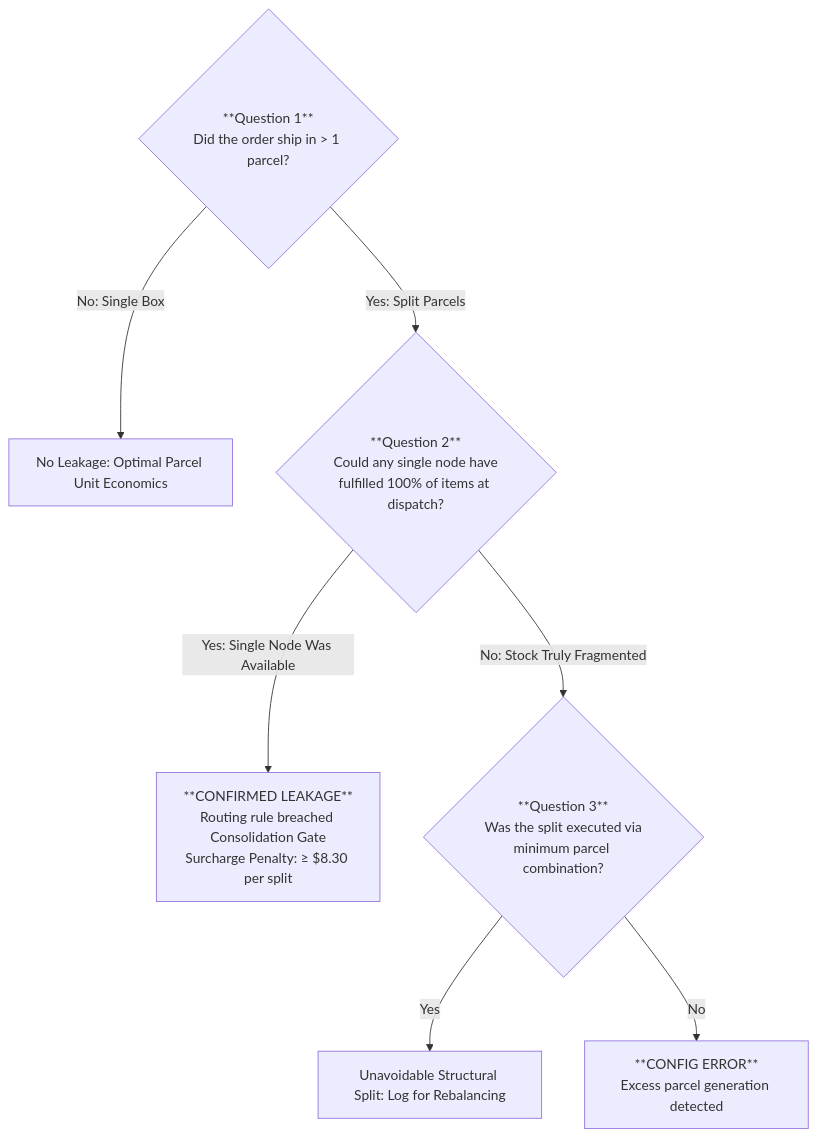
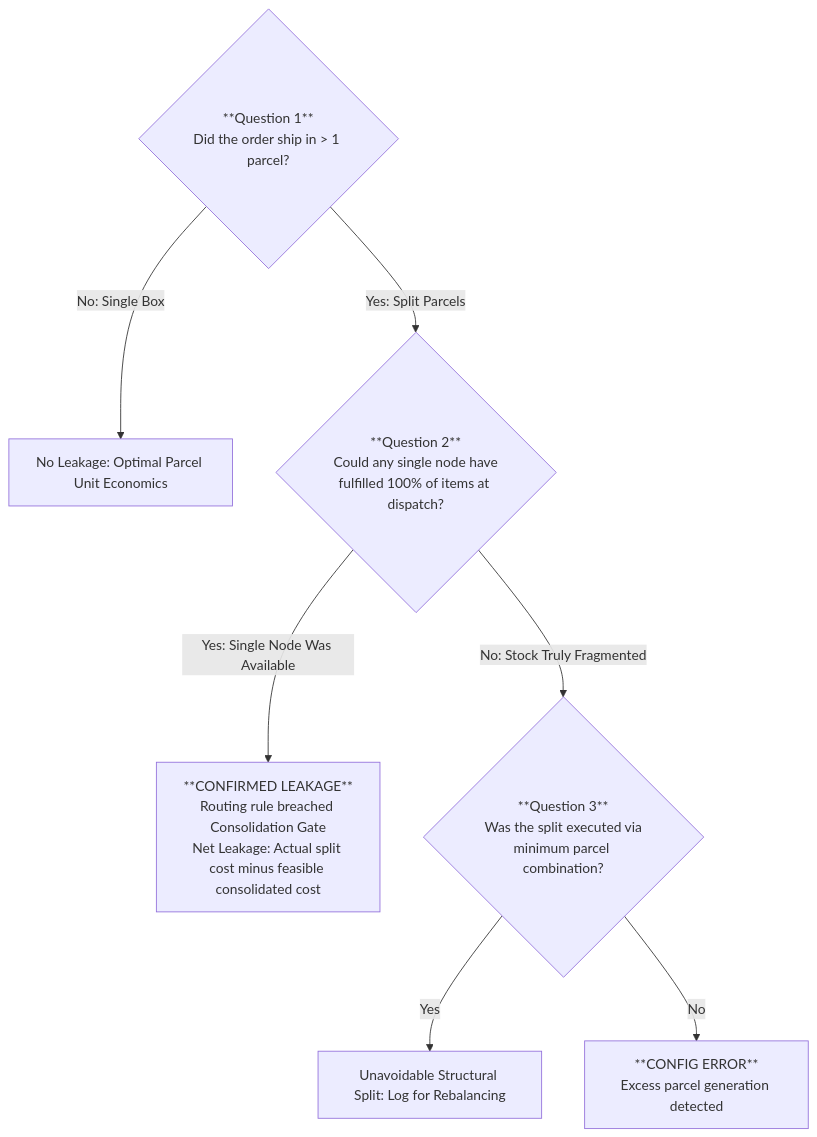
One commit to riovicsusas/portfolio changed the second of 3 diagrams in domain-2-order-routing/MasterDossier-Domain2-MultiNodeLogisticsRouting.md. Above: the diagram before and after it, drawn with Mermaid. The commit also changed other lines of this file and 27 other files, not shown here.

````diff
--- a/domain-2-order-routing/MasterDossier-Domain2-MultiNodeLogisticsRouting.md
+++ b/domain-2-order-routing/MasterDossier-Domain2-MultiNodeLogisticsRouting.md
@@ -301,10 +302,10 @@
 ```mermaid
 flowchart TD
     Q1{"**Question 1**<br>Did the order ship in > 1 parcel?"}
     Q1 -- No: Single Box --> OK[No Leakage: Optimal Parcel Unit Economics]
     Q1 -- Yes: Split Parcels --> Q2{"**Question 2**<br>Could any single node have<br>fulfilled 100% of items at dispatch?"}
-    Q2 -- Yes: Single Node Was Available --> LEAK["**CONFIRMED LEAKAGE**<br>Routing rule breached Consolidation Gate<br>Surcharge Penalty: ≥ $8.30 per split"]
+    Q2 -- Yes: Single Node Was Available --> LEAK["**CONFIRMED LEAKAGE**<br>Routing rule breached Consolidation Gate<br>Net Leakage: Actual split cost minus feasible consolidated cost"]
     Q2 -- No: Stock Truly Fragmented --> Q3{"**Question 3**<br>Was the split executed via<br>minimum parcel combination?"}
     Q3 -- Yes --> MIN[Unavoidable Structural Split: Log for Rebalancing]
     Q3 -- No --> CONF["**CONFIG ERROR**<br>Excess parcel generation detected"]
 ```
````
